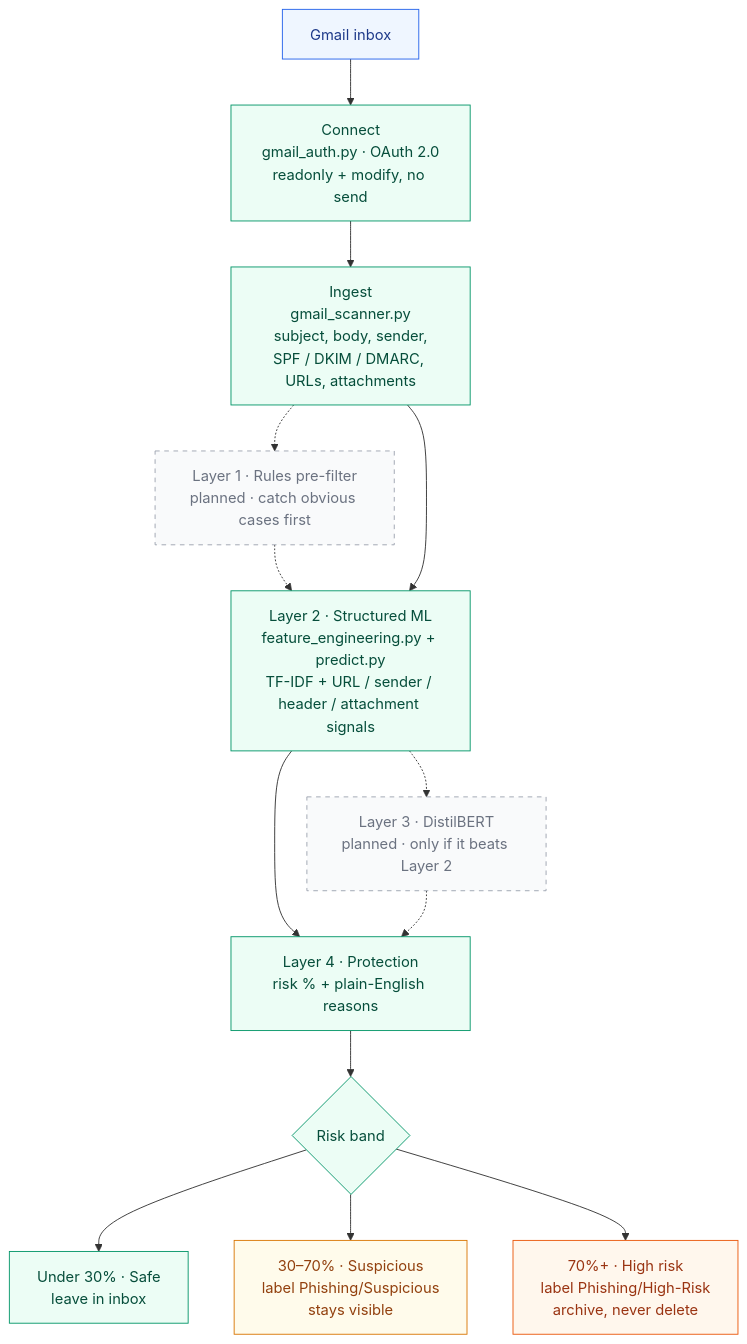
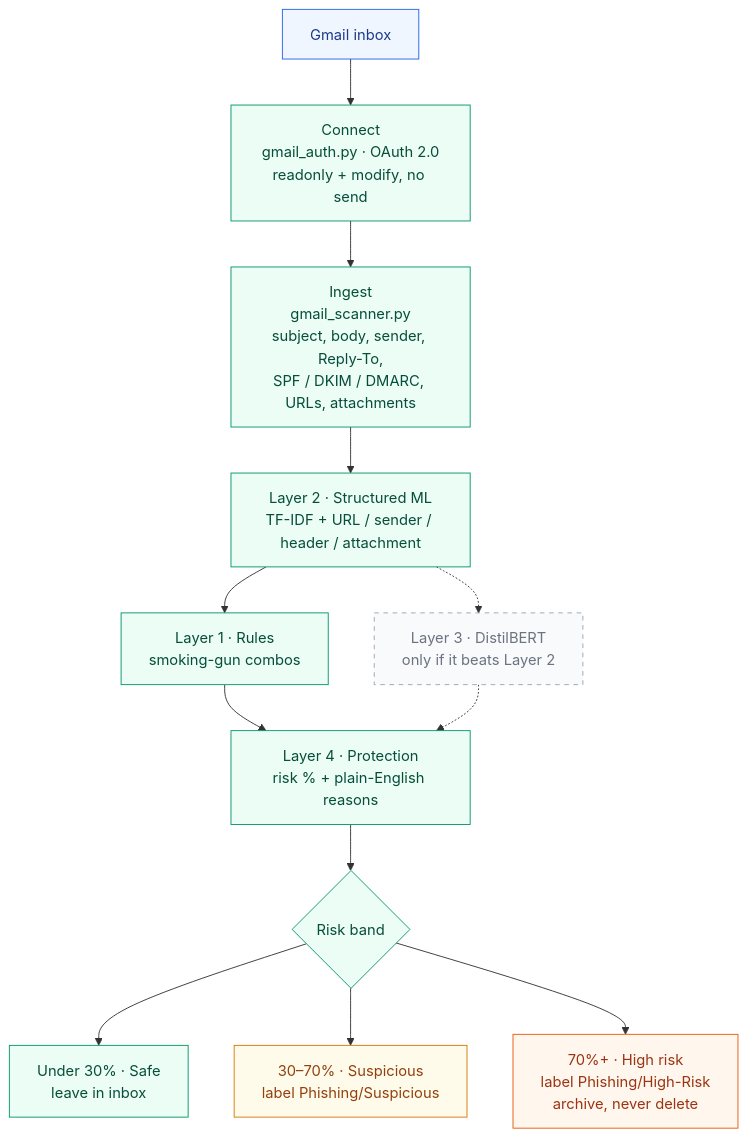
The diagram in README.md (Tkc12344/gmail-phishing-model), drawn with Mermaid before and after one commit. The commit also changed other lines of this file and 15 other files, not shown here.

````diff
--- a/README.md
+++ b/README.md
@@ -16,35 +11,34 @@
 ```mermaid
 flowchart TB
     classDef built fill:#ecfdf5,stroke:#059669,color:#064e3b
     classDef planned fill:#f9fafb,stroke:#9ca3af,color:#6b7280,stroke-dasharray:5 5
     classDef gmail fill:#eff6ff,stroke:#2563eb,color:#1e3a8a
     classDef safe fill:#ecfdf5,stroke:#059669,color:#064e3b
     classDef warn fill:#fffbeb,stroke:#d97706,color:#92400e
     classDef danger fill:#fff7ed,stroke:#ea580c,color:#9a3412
 
     Inbox["Gmail inbox"]:::gmail
     OAuth["Connect<br/>gmail_auth.py · OAuth 2.0<br/>readonly + modify, no send"]:::built
-    Scan["Ingest<br/>gmail_scanner.py<br/>subject, body, sender,<br/>SPF / DKIM / DMARC, URLs, attachments"]:::built
+    Scan["Ingest<br/>gmail_scanner.py<br/>subject, body, sender, Reply-To,<br/>SPF / DKIM / DMARC, URLs, attachments"]:::built
 
-    L1["Layer 1 · Rules pre-filter<br/>planned · catch obvious cases first"]:::planned
-    L2["Layer 2 · Structured ML<br/>feature_engineering.py + predict.py<br/>TF-IDF + URL / sender / header / attachment signals"]:::built
-    L3["Layer 3 · DistilBERT<br/>planned · only if it beats Layer 2"]:::planned
+    L1["Layer 1 · Rules<br/>smoking-gun combos"]:::built
+    L2["Layer 2 · Structured ML<br/>TF-IDF + URL / sender / header / attachment"]:::built
+    L3["Layer 3 · DistilBERT<br/>only if it beats Layer 2"]:::planned
     L4["Layer 4 · Protection<br/>risk % + plain-English reasons"]:::built
 
     Decide{"Risk band"}:::built
     Safe["Under 30% · Safe<br/>leave in inbox"]:::safe
-    Susp["30–70% · Suspicious<br/>label Phishing/Suspicious<br/>stays visible"]:::warn
+    Susp["30–70% · Suspicious<br/>label Phishing/Suspicious"]:::warn
     High["70%+ · High risk<br/>label Phishing/High-Risk<br/>archive, never delete"]:::danger
 
     Inbox --> OAuth --> Scan
-    Scan -.-> L1
-    L1 -.-> L2
     Scan --> L2
-    L2 --> L4
+    L2 --> L1
+    L1 --> L4
     L2 -.-> L3
     L3 -.-> L4
     L4 --> Decide
     Decide --> Safe
     Decide --> Susp
     Decide --> High
 ```
````
